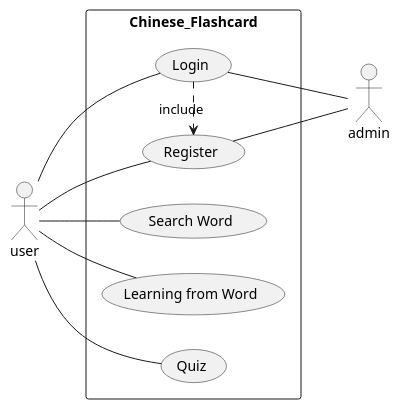
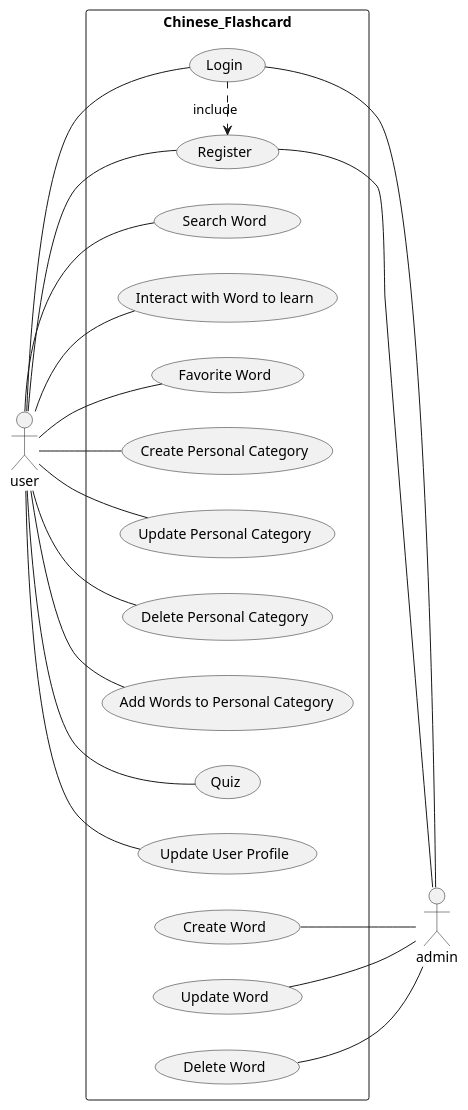
The diagram in Docs/Diagram/UseCase.plantuml (lebrancconvas/Chinese-Flashcard), drawn with PlantUML before and after one commit. The commit also changed 1 other file, not shown here.

Commit message:
📝 doc: update use case diagram

```diff
--- a/Docs/Diagram/UseCase.plantuml
+++ b/Docs/Diagram/UseCase.plantuml
@@ -1,19 +1,28 @@
 @startuml Chinese_Flashcard_UseCase 
 left to right direction 
 skinparam packageStyle rectangle
 
 actor user 
 actor admin 
 
 rectangle Chinese_Flashcard {
 	user -- (Register)
 	(Login) .> (Register) : include 
 	(Register) -- admin 
 	user -- (Login)
 	(Login) -- admin 
 	user -- (Search Word)
-	user -- (Learning from Word)
-	user -- (Quiz)
+	user -- (Interact with Word to learn)
+	user -- (Favorite Word)
+	user -- (Create Personal Category)
+	user -- (Update Personal Category)
+	user -- (Delete Personal Category)
+	user -- (Add Words to Personal Category)
+	user -- (Quiz) 
+	user -- (Update User Profile)
+	(Create Word) -- admin 
+	(Update Word) -- admin 
+	(Delete Word) -- admin 
 }
 
 @enduml
```
